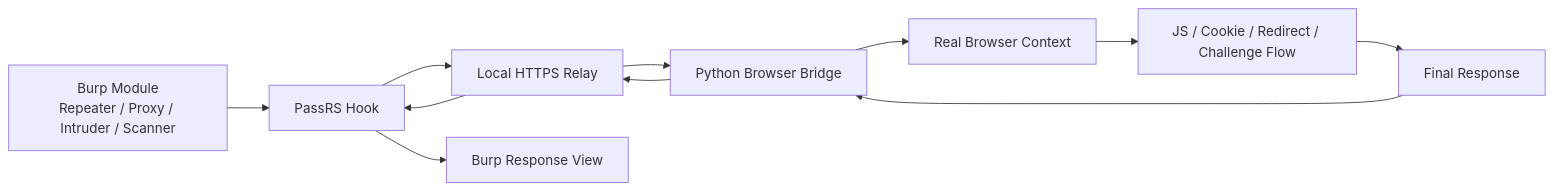
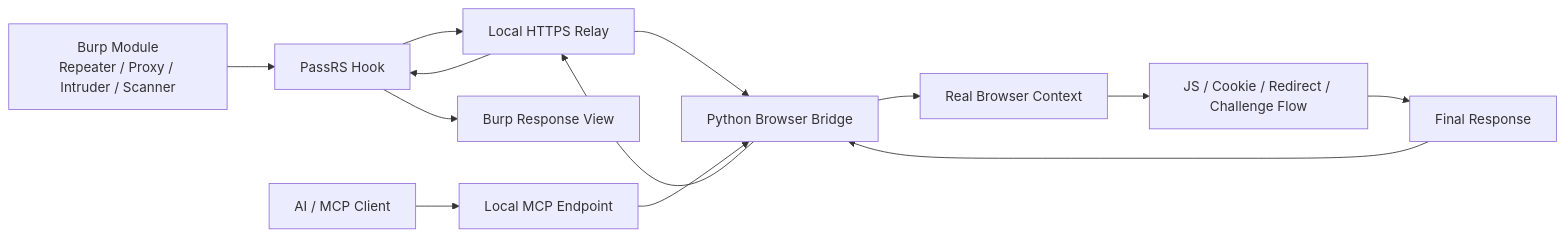
One commit to Zmz-c/PassRS changed the diagram in README.md. Above: the diagram before and after it, drawn with Mermaid. The commit also changed other lines of this file and 19 other files, not shown here.

````diff
--- a/README.md
+++ b/README.md
@@ -38,13 +39,15 @@
 ```mermaid
 flowchart LR
     A[Burp Module<br/>Repeater / Proxy / Intruder / Scanner] --> B[PassRS Hook]
     B --> C[Local HTTPS Relay]
     C --> D[Python Browser Bridge]
     D --> E[Real Browser Context]
     E --> F[JS / Cookie / Redirect / Challenge Flow]
     F --> G[Final Response]
     G --> D
     D --> C
     C --> B
     B --> H[Burp Response View]
+    I[AI / MCP Client] --> J[Local MCP Endpoint]
+    J --> D
 ```
````
